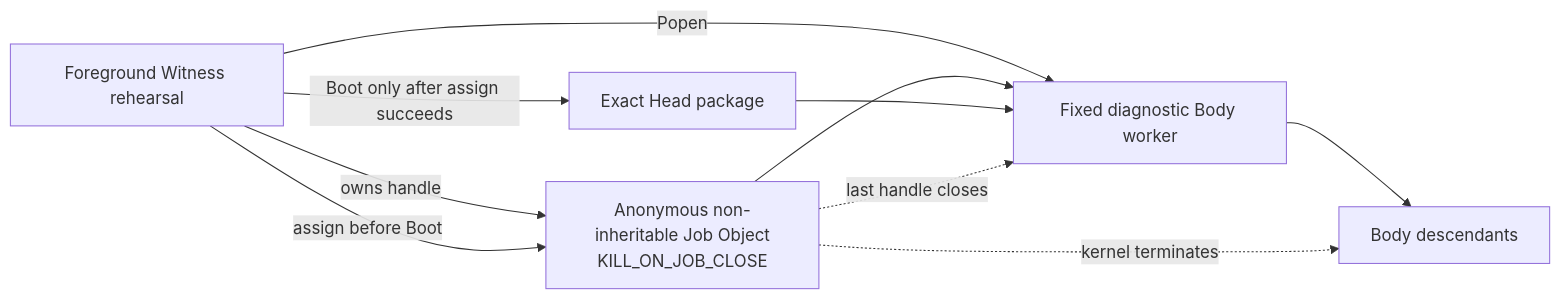
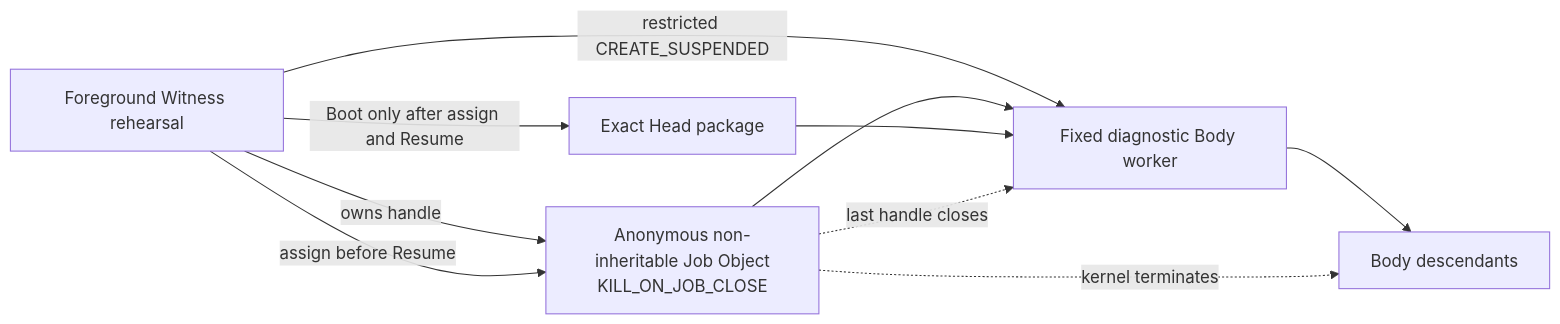
Before and after one commit to eonpaper123/Agentic-Evo: the first of 2 diagrams in docs/engineering/Windows原生Witness边界.md, drawn with Mermaid. The commit also changed other lines of this file and 13 other files, not shown here.

````diff
--- a/docs/engineering/Windows原生Witness边界.md
+++ b/docs/engineering/Windows原生Witness边界.md
@@ -92,18 +99,18 @@
 ```mermaid
 flowchart LR
     W["Foreground Witness rehearsal"]
     J["Anonymous non-inheritable Job Object<br/>KILL_ON_JOB_CLOSE"]
     B["Fixed diagnostic Body worker"]
     D["Body descendants"]
     H["Exact Head package"]
 
     W -->|owns handle| J
-    W -->|Popen| B
-    W -->|assign before Boot| J
+    W -->|"restricted CREATE_SUSPENDED"| B
+    W -->|assign before Resume| J
     J --> B
     B --> D
-    W -->|Boot only after assign succeeds| H
+    W -->|Boot only after assign and Resume| H
     H --> B
     J -.->|"last handle closes"| B
     J -.->|"kernel terminates"| D
 ```
````
